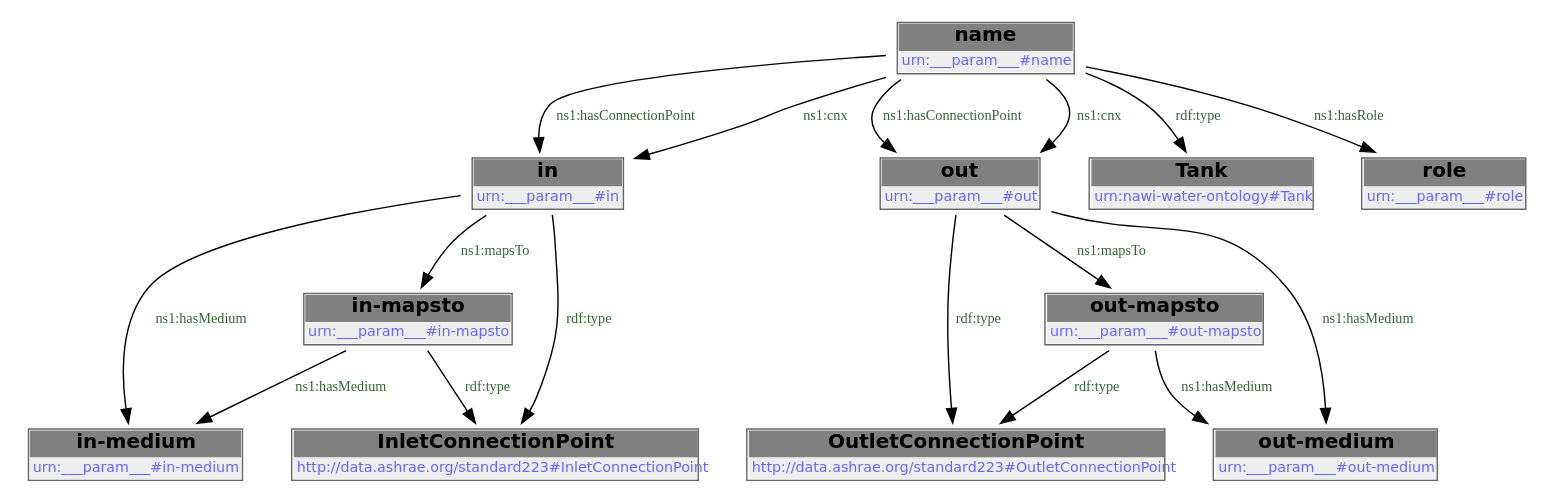
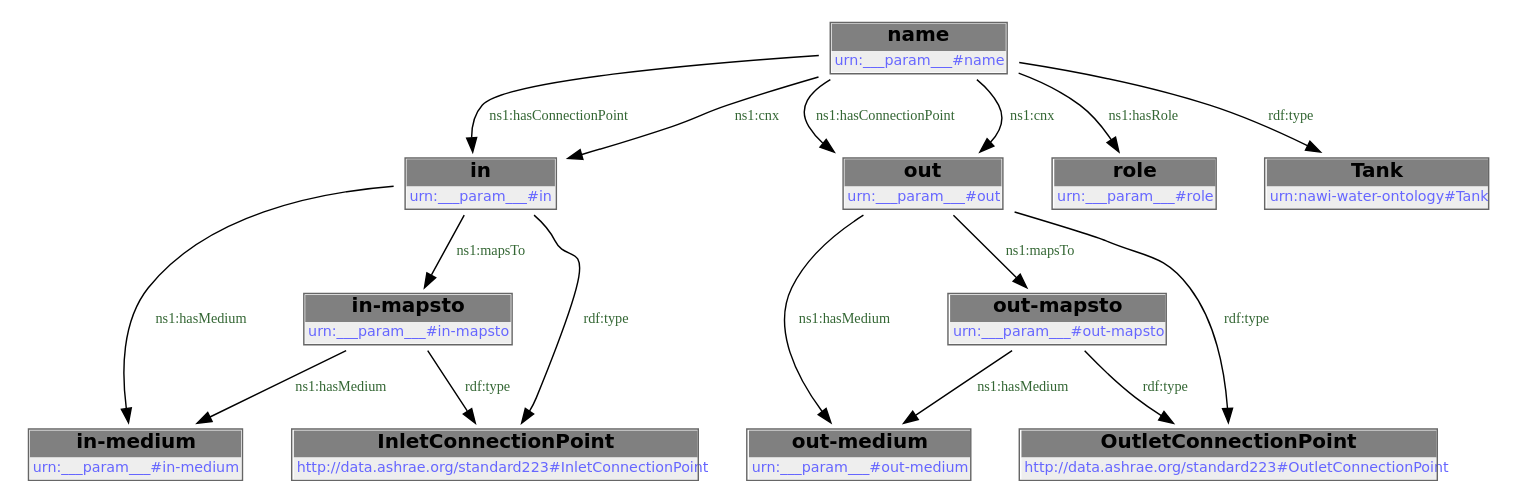
One commit to DataDrivenCPS/water-ontology changed the second of 2 diagrams in docs/libraries/templates/bladder.rst. Above: the diagram before and after it, drawn with Graphviz. The commit also changed 33 other files, not shown here.

```diff
--- a/docs/libraries/templates/bladder.rst
+++ b/docs/libraries/templates/bladder.rst
@@ -102,32 +102,32 @@
         .. graphviz::
 
                 digraph G {
             node [fontname="DejaVu Sans"];
-            node0 -> node1 [color=BLACK, label=< <font point-size='10' color='#336633'>rdf:type</font> >];
-            node2 -> node3 [color=BLACK, label=< <font point-size='10' color='#336633'>ns1:hasConnectionPoint</font> >];
-            node4 -> node5 [color=BLACK, label=< <font point-size='10' color='#336633'>ns1:hasMedium</font> >];
-            node4 -> node0 [color=BLACK, label=< <font point-size='10' color='#336633'>ns1:mapsTo</font> >];
-            node6 -> node7 [color=BLACK, label=< <font point-size='10' color='#336633'>ns1:hasMedium</font> >];
-            node0 -> node5 [color=BLACK, label=< <font point-size='10' color='#336633'>ns1:hasMedium</font> >];
-            node2 -> node3 [color=BLACK, label=< <font point-size='10' color='#336633'>ns1:cnx</font> >];
-            node2 -> node4 [color=BLACK, label=< <font point-size='10' color='#336633'>ns1:hasConnectionPoint</font> >];
-            node6 -> node8 [color=BLACK, label=< <font point-size='10' color='#336633'>rdf:type</font> >];
-            node2 -> node4 [color=BLACK, label=< <font point-size='10' color='#336633'>ns1:cnx</font> >];
-            node3 -> node7 [color=BLACK, label=< <font point-size='10' color='#336633'>ns1:hasMedium</font> >];
-            node3 -> node6 [color=BLACK, label=< <font point-size='10' color='#336633'>ns1:mapsTo</font> >];
-            node2 -> node9 [color=BLACK, label=< <font point-size='10' color='#336633'>rdf:type</font> >];
+            node0 -> node1 [color=BLACK, label=< <font point-size='10' color='#336633'>ns1:hasConnectionPoint</font> >];
+            node1 -> node2 [color=BLACK, label=< <font point-size='10' color='#336633'>ns1:hasMedium</font> >];
+            node0 -> node3 [color=BLACK, label=< <font point-size='10' color='#336633'>ns1:hasConnectionPoint</font> >];
+            node4 -> node2 [color=BLACK, label=< <font point-size='10' color='#336633'>ns1:hasMedium</font> >];
+            node3 -> node5 [color=BLACK, label=< <font point-size='10' color='#336633'>ns1:hasMedium</font> >];
+            node0 -> node1 [color=BLACK, label=< <font point-size='10' color='#336633'>ns1:cnx</font> >];
+            node1 -> node6 [color=BLACK, label=< <font point-size='10' color='#336633'>rdf:type</font> >];
+            node0 -> node3 [color=BLACK, label=< <font point-size='10' color='#336633'>ns1:cnx</font> >];
+            node7 -> node8 [color=BLACK, label=< <font point-size='10' color='#336633'>rdf:type</font> >];
+            node4 -> node6 [color=BLACK, label=< <font point-size='10' color='#336633'>rdf:type</font> >];
+            node3 -> node7 [color=BLACK, label=< <font point-size='10' color='#336633'>ns1:mapsTo</font> >];
             node3 -> node8 [color=BLACK, label=< <font point-size='10' color='#336633'>rdf:type</font> >];
-            node4 -> node1 [color=BLACK, label=< <font point-size='10' color='#336633'>rdf:type</font> >];
-            node2 -> node10 [color=BLACK, label=< <font point-size='10' color='#336633'>ns1:hasRole</font> >];
-            node0 [shape=none, color=black, label=< <table color='#666666' cellborder='0' cellspacing='0' border='1'><tr><td colspan='2' bgcolor='grey'><B>out-mapsto</B></td></tr><tr><td href='urn:___param___#out-mapsto' bgcolor='#eeeeee' colspan='2'><font point-size='10' color='#6666ff'>urn:___param___#out-mapsto</font></td></tr></table> >];
-            node1 [shape=none, color=black, label=< <table color='#666666' cellborder='0' cellspacing='0' border='1'><tr><td colspan='2' bgcolor='grey'><B>OutletConnectionPoint</B></td></tr><tr><td href='http://data.ashrae.org/standard223#OutletConnectionPoint' bgcolor='#eeeeee' colspan='2'><font point-size='10' color='#6666ff'>http://data.ashrae.org/standard223#OutletConnectionPoint</font></td></tr></table> >];
-            node2 [shape=none, color=black, label=< <table color='#666666' cellborder='0' cellspacing='0' border='1'><tr><td colspan='2' bgcolor='grey'><B>name</B></td></tr><tr><td href='urn:___param___#name' bgcolor='#eeeeee' colspan='2'><font point-size='10' color='#6666ff'>urn:___param___#name</font></td></tr></table> >];
-            node3 [shape=none, color=black, label=< <table color='#666666' cellborder='0' cellspacing='0' border='1'><tr><td colspan='2' bgcolor='grey'><B>in</B></td></tr><tr><td href='urn:___param___#in' bgcolor='#eeeeee' colspan='2'><font point-size='10' color='#6666ff'>urn:___param___#in</font></td></tr></table> >];
-            node4 [shape=none, color=black, label=< <table color='#666666' cellborder='0' cellspacing='0' border='1'><tr><td colspan='2' bgcolor='grey'><B>out</B></td></tr><tr><td href='urn:___param___#out' bgcolor='#eeeeee' colspan='2'><font point-size='10' color='#6666ff'>urn:___param___#out</font></td></tr></table> >];
+            node7 -> node5 [color=BLACK, label=< <font point-size='10' color='#336633'>ns1:hasMedium</font> >];
+            node0 -> node9 [color=BLACK, label=< <font point-size='10' color='#336633'>ns1:hasRole</font> >];
+            node0 -> node10 [color=BLACK, label=< <font point-size='10' color='#336633'>rdf:type</font> >];
+            node1 -> node4 [color=BLACK, label=< <font point-size='10' color='#336633'>ns1:mapsTo</font> >];
+            node0 [shape=none, color=black, label=< <table color='#666666' cellborder='0' cellspacing='0' border='1'><tr><td colspan='2' bgcolor='grey'><B>name</B></td></tr><tr><td href='urn:___param___#name' bgcolor='#eeeeee' colspan='2'><font point-size='10' color='#6666ff'>urn:___param___#name</font></td></tr></table> >];
+            node1 [shape=none, color=black, label=< <table color='#666666' cellborder='0' cellspacing='0' border='1'><tr><td colspan='2' bgcolor='grey'><B>in</B></td></tr><tr><td href='urn:___param___#in' bgcolor='#eeeeee' colspan='2'><font point-size='10' color='#6666ff'>urn:___param___#in</font></td></tr></table> >];
+            node2 [shape=none, color=black, label=< <table color='#666666' cellborder='0' cellspacing='0' border='1'><tr><td colspan='2' bgcolor='grey'><B>in-medium</B></td></tr><tr><td href='urn:___param___#in-medium' bgcolor='#eeeeee' colspan='2'><font point-size='10' color='#6666ff'>urn:___param___#in-medium</font></td></tr></table> >];
+            node3 [shape=none, color=black, label=< <table color='#666666' cellborder='0' cellspacing='0' border='1'><tr><td colspan='2' bgcolor='grey'><B>out</B></td></tr><tr><td href='urn:___param___#out' bgcolor='#eeeeee' colspan='2'><font point-size='10' color='#6666ff'>urn:___param___#out</font></td></tr></table> >];
+            node4 [shape=none, color=black, label=< <table color='#666666' cellborder='0' cellspacing='0' border='1'><tr><td colspan='2' bgcolor='grey'><B>in-mapsto</B></td></tr><tr><td href='urn:___param___#in-mapsto' bgcolor='#eeeeee' colspan='2'><font point-size='10' color='#6666ff'>urn:___param___#in-mapsto</font></td></tr></table> >];
             node5 [shape=none, color=black, label=< <table color='#666666' cellborder='0' cellspacing='0' border='1'><tr><td colspan='2' bgcolor='grey'><B>out-medium</B></td></tr><tr><td href='urn:___param___#out-medium' bgcolor='#eeeeee' colspan='2'><font point-size='10' color='#6666ff'>urn:___param___#out-medium</font></td></tr></table> >];
-            node6 [shape=none, color=black, label=< <table color='#666666' cellborder='0' cellspacing='0' border='1'><tr><td colspan='2' bgcolor='grey'><B>in-mapsto</B></td></tr><tr><td href='urn:___param___#in-mapsto' bgcolor='#eeeeee' colspan='2'><font point-size='10' color='#6666ff'>urn:___param___#in-mapsto</font></td></tr></table> >];
-            node7 [shape=none, color=black, label=< <table color='#666666' cellborder='0' cellspacing='0' border='1'><tr><td colspan='2' bgcolor='grey'><B>in-medium</B></td></tr><tr><td href='urn:___param___#in-medium' bgcolor='#eeeeee' colspan='2'><font point-size='10' color='#6666ff'>urn:___param___#in-medium</font></td></tr></table> >];
-            node8 [shape=none, color=black, label=< <table color='#666666' cellborder='0' cellspacing='0' border='1'><tr><td colspan='2' bgcolor='grey'><B>InletConnectionPoint</B></td></tr><tr><td href='http://data.ashrae.org/standard223#InletConnectionPoint' bgcolor='#eeeeee' colspan='2'><font point-size='10' color='#6666ff'>http://data.ashrae.org/standard223#InletConnectionPoint</font></td></tr></table> >];
-            node9 [shape=none, color=black, label=< <table color='#666666' cellborder='0' cellspacing='0' border='1'><tr><td colspan='2' bgcolor='grey'><B>Tank</B></td></tr><tr><td href='urn:nawi-water-ontology#Tank' bgcolor='#eeeeee' colspan='2'><font point-size='10' color='#6666ff'>urn:nawi-water-ontology#Tank</font></td></tr></table> >];
-            node10 [shape=none, color=black, label=< <table color='#666666' cellborder='0' cellspacing='0' border='1'><tr><td colspan='2' bgcolor='grey'><B>role</B></td></tr><tr><td href='urn:___param___#role' bgcolor='#eeeeee' colspan='2'><font point-size='10' color='#6666ff'>urn:___param___#role</font></td></tr></table> >];
+            node6 [shape=none, color=black, label=< <table color='#666666' cellborder='0' cellspacing='0' border='1'><tr><td colspan='2' bgcolor='grey'><B>InletConnectionPoint</B></td></tr><tr><td href='http://data.ashrae.org/standard223#InletConnectionPoint' bgcolor='#eeeeee' colspan='2'><font point-size='10' color='#6666ff'>http://data.ashrae.org/standard223#InletConnectionPoint</font></td></tr></table> >];
+            node7 [shape=none, color=black, label=< <table color='#666666' cellborder='0' cellspacing='0' border='1'><tr><td colspan='2' bgcolor='grey'><B>out-mapsto</B></td></tr><tr><td href='urn:___param___#out-mapsto' bgcolor='#eeeeee' colspan='2'><font point-size='10' color='#6666ff'>urn:___param___#out-mapsto</font></td></tr></table> >];
+            node8 [shape=none, color=black, label=< <table color='#666666' cellborder='0' cellspacing='0' border='1'><tr><td colspan='2' bgcolor='grey'><B>OutletConnectionPoint</B></td></tr><tr><td href='http://data.ashrae.org/standard223#OutletConnectionPoint' bgcolor='#eeeeee' colspan='2'><font point-size='10' color='#6666ff'>http://data.ashrae.org/standard223#OutletConnectionPoint</font></td></tr></table> >];
+            node9 [shape=none, color=black, label=< <table color='#666666' cellborder='0' cellspacing='0' border='1'><tr><td colspan='2' bgcolor='grey'><B>role</B></td></tr><tr><td href='urn:___param___#role' bgcolor='#eeeeee' colspan='2'><font point-size='10' color='#6666ff'>urn:___param___#role</font></td></tr></table> >];
+            node10 [shape=none, color=black, label=< <table color='#666666' cellborder='0' cellspacing='0' border='1'><tr><td colspan='2' bgcolor='grey'><B>Tank</B></td></tr><tr><td href='urn:nawi-water-ontology#Tank' bgcolor='#eeeeee' colspan='2'><font point-size='10' color='#6666ff'>urn:nawi-water-ontology#Tank</font></td></tr></table> >];
             }
```
